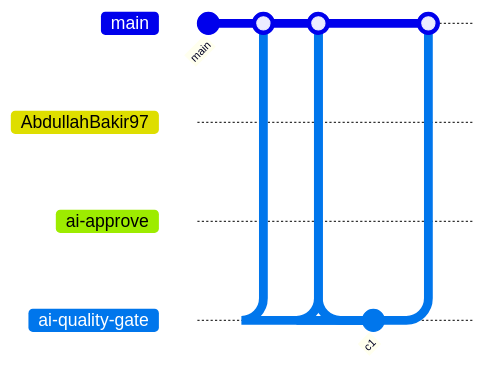
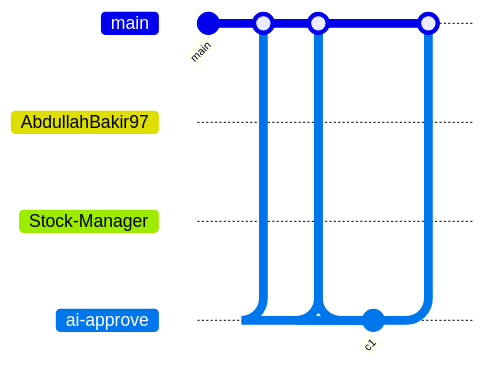
The diagram in README.md (AbdullahBakir97/AbdullahBakir97), drawn with Mermaid before and after one commit. The commit also changed other lines of this file and 7 other files, not shown here.

````diff
--- a/README.md
+++ b/README.md
@@ -336,19 +336,19 @@
 ```mermaid
 gitGraph
    commit id: "main"
    branch AbdullahBakir97
    checkout AbdullahBakir97
    commit id: "c1"
    checkout main
    merge AbdullahBakir97
+   branch Stock-Manager
+   checkout Stock-Manager
+   commit id: "c1"
+   checkout main
+   merge Stock-Manager
    branch ai-approve
    checkout ai-approve
    commit id: "c1"
    checkout main
    merge ai-approve
-   branch ai-quality-gate
-   checkout ai-quality-gate
-   commit id: "c1"
-   checkout main
-   merge ai-quality-gate
 ```
````
